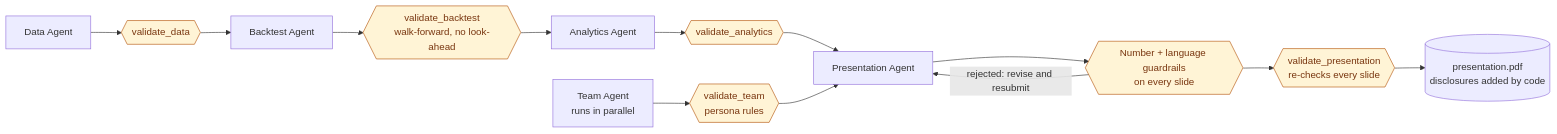
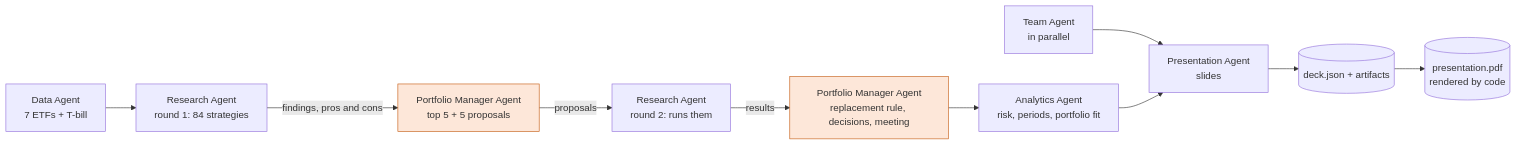
Before and after one commit to emitby/Replicating-an-Asset-Management-Firm-with-Agents-and-Task-Decomposition: the diagram in README.md, drawn with Mermaid. The commit also changed other lines of this file and 82 other files, not shown here.

````diff
--- a/README.md
+++ b/README.md
@@ -47,15 +35,14 @@
 ```mermaid
 flowchart LR
-    D[Data Agent] --> VD{{"validate_data"}}
-    VD --> B[Backtest Agent] --> VB{{"validate_backtest<br/>walk-forward, no look-ahead"}}
-    VB --> A[Analytics Agent] --> VA{{"validate_analytics"}}
-    T[Team Agent<br/>runs in parallel] --> VT{{"validate_team<br/>persona rules"}}
-    VA --> P[Presentation Agent]
-    VT --> P
-    P --> NG{{"Number + language guardrails<br/>on every slide"}}
-    NG -- rejected: revise and resubmit --> P
-    NG --> VP{{"validate_presentation<br/>re-checks every slide"}}
-    VP --> PDF[(presentation.pdf<br/>disclosures added by code)]
-    classDef guard fill:#fff4d6,stroke:#b45309,color:#78350f
-    class VD,VB,VA,VT,NG,VP guard
+    D[Data Agent<br/>7 ETFs + T-bill] --> R1[Research Agent<br/>round 1: 84 strategies]
+    R1 -- findings, pros and cons --> P1[Portfolio Manager Agent<br/>top 5 + 5 proposals]
+    P1 -- proposals --> R2[Research Agent<br/>round 2: runs them]
+    R2 -- results --> P2[Portfolio Manager Agent<br/>replacement rule, decisions, meeting]
+    P2 --> A[Analytics Agent<br/>risk, periods, portfolio fit]
+    T[Team Agent<br/>in parallel] --> PR
+    A --> PR[Presentation Agent<br/>slides]
+    PR --> J[(deck.json + artifacts)]
+    J --> PDF[(presentation.pdf<br/>rendered by code)]
+    classDef pm fill:#fde7d9,stroke:#c55a11
+    class P1,P2 pm
 ```
````
